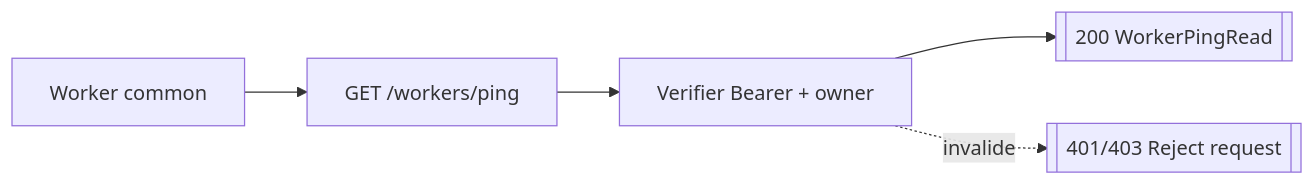
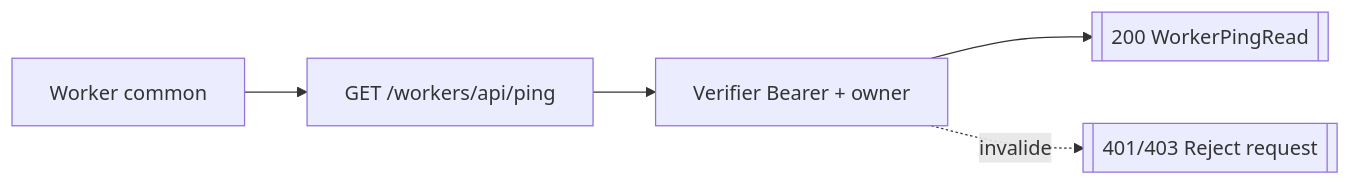
One commit to Manifeed/docs changed the fifth of 8 diagrams in backend/routes/workers.md. Above: the diagram before and after it, drawn with Mermaid. The commit also changed other lines of this file and 12 other files, not shown here.

````diff
--- a/backend/routes/workers.md
+++ b/backend/routes/workers.md
@@ -167,7 +167,7 @@
 ```mermaid
 flowchart LR
-    worker["Worker common"] --> route["GET /workers/ping"]
+    worker["Worker common"] --> route["GET /workers/api/ping"]
     route --> auth["Verifier Bearer + owner"]
     auth --> response[["200 WorkerPingRead"]]
     auth -. invalide .-> e401[["401/403 Reject request"]]
 ```
````
